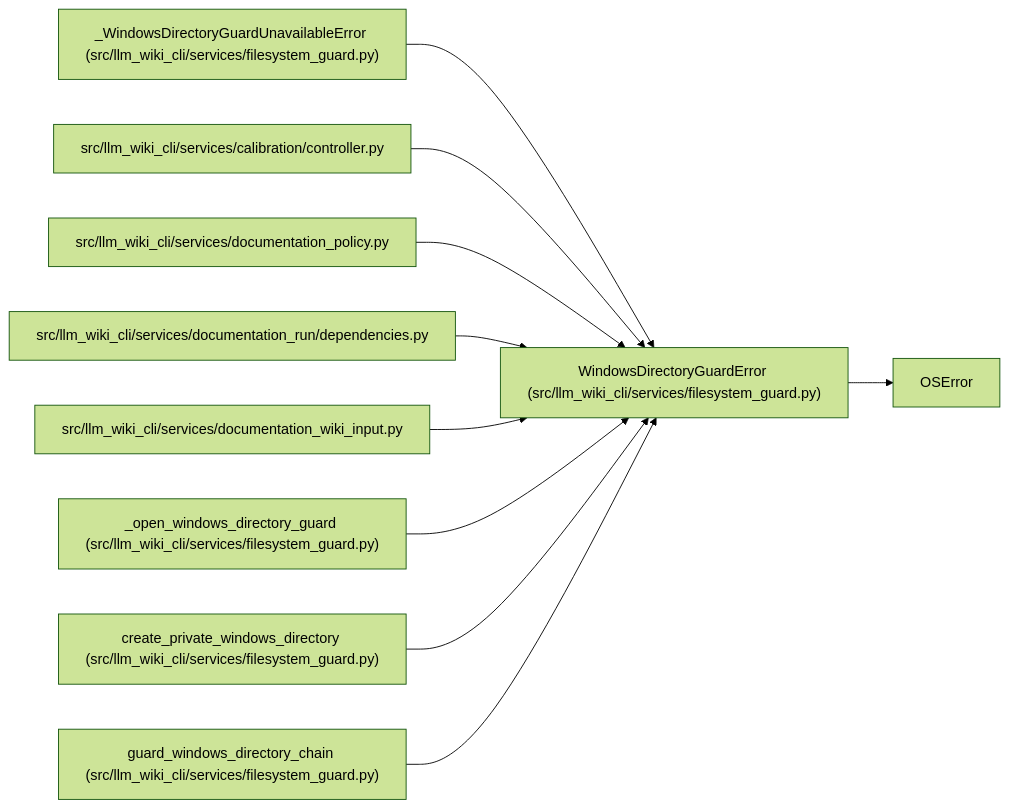
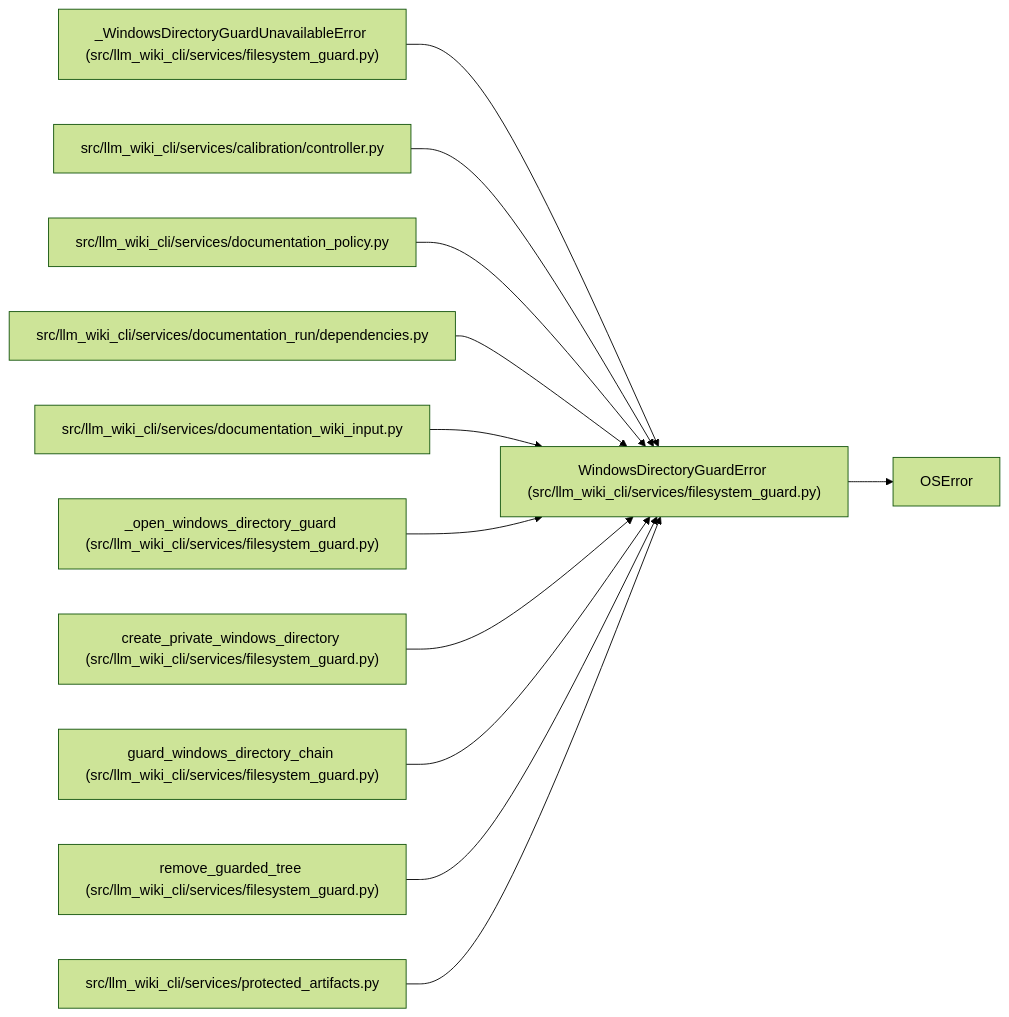
One commit to Denissvgn/python-wiki-llm changed the diagram in docs/llm_wiki/entities/WindowsDirectoryGuardError.md. Above: the diagram before and after it, drawn with Mermaid (forest theme). The commit also changed other lines of this file and 493 other files, not shown here.

````diff
--- a/docs/llm_wiki/entities/WindowsDirectoryGuardError.md
+++ b/docs/llm_wiki/entities/WindowsDirectoryGuardError.md
@@ -23,31 +23,37 @@
 ```mermaid
 flowchart LR
     n0["WindowsDirectoryGuardError (src/llm_wiki_cli/services/filesystem_guard.py)"]
     n1["OSError"]
     n2["_WindowsDirectoryGuardUnavailableError (src/llm_wiki_cli/services/filesystem_guard.py)"]
     n3["src/llm_wiki_cli/services/calibration/controller.py"]
     n4["src/llm_wiki_cli/services/documentation_policy.py"]
     n5["src/llm_wiki_cli/services/documentation_run/dependencies.py"]
     n6["src/llm_wiki_cli/services/documentation_wiki_input.py"]
     n7["_open_windows_directory_guard (src/llm_wiki_cli/services/filesystem_guard.py)"]
     n8["create_private_windows_directory (src/llm_wiki_cli/services/filesystem_guard.py)"]
     n9["guard_windows_directory_chain (src/llm_wiki_cli/services/filesystem_guard.py)"]
+    n10["remove_guarded_tree (src/llm_wiki_cli/services/filesystem_guard.py)"]
+    n11["src/llm_wiki_cli/services/protected_artifacts.py"]
     n0 --> n1
     n2 --> n0
     n3 --> n0
     n4 --> n0
     n5 --> n0
     n6 --> n0
     n7 --> n0
     n8 --> n0
     n9 --> n0
+    n10 --> n0
+    n11 --> n0
     click n0 "../modules/filesystem_guard.md"
     click n2 "../modules/filesystem_guard.md"
     click n3 "../modules/controller.md"
     click n4 "../modules/documentation_policy.md"
     click n5 "../modules/documentation_run_dependencies.md"
     click n6 "../modules/documentation_wiki_input.md"
     click n7 "../modules/filesystem_guard.md"
     click n8 "../modules/filesystem_guard.md"
     click n9 "../modules/filesystem_guard.md"
+    click n10 "../modules/filesystem_guard.md"
+    click n11 "../modules/protected_artifacts.md"
 ```
````
